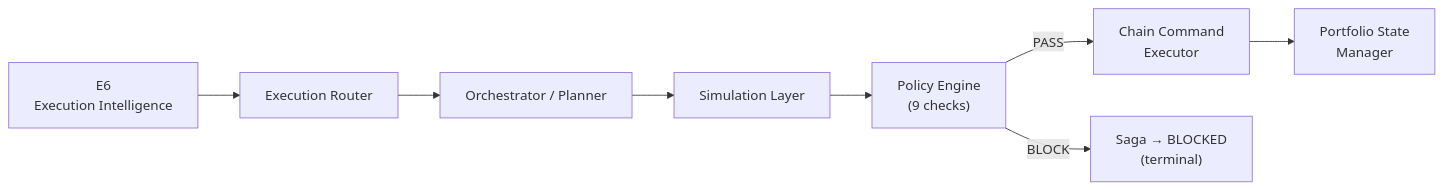
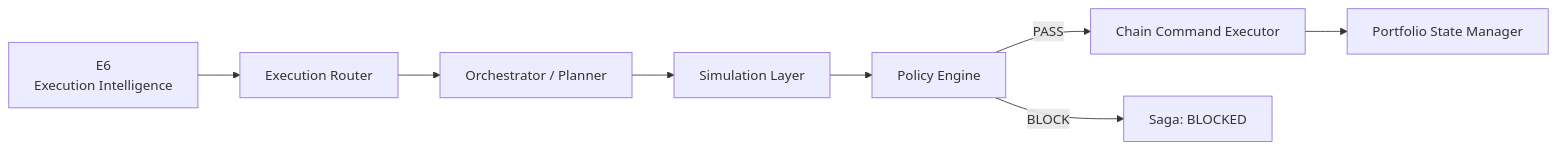
One commit to AdityaWagh19/CrestFlow-Product changed the second of 2 diagrams in README.md. Above: the diagram before and after it, drawn with Mermaid. The commit also changed other lines of this file, not shown here.

````diff
--- a/README.md
+++ b/README.md
@@ -122,10 +116,10 @@
 ```mermaid
 flowchart LR
     E6["E6\nExecution Intelligence"] --> ER["Execution Router"]
     ER --> OP["Orchestrator / Planner"]
     OP --> SIM["Simulation Layer"]
-    SIM --> PE["Policy Engine\n(9 checks)"]
-    PE -->|PASS| CCE["Chain Command\nExecutor"]
-    PE -->|BLOCK| BLK["Saga → BLOCKED\n(terminal)"]
-    CCE --> PSM["Portfolio State\nManager"]
+    SIM --> PE["Policy Engine"]
+    PE -->|PASS| CCE["Chain Command Executor"]
+    PE -->|BLOCK| BLK["Saga: BLOCKED"]
+    CCE --> PSM["Portfolio State Manager"]
 ```
````
